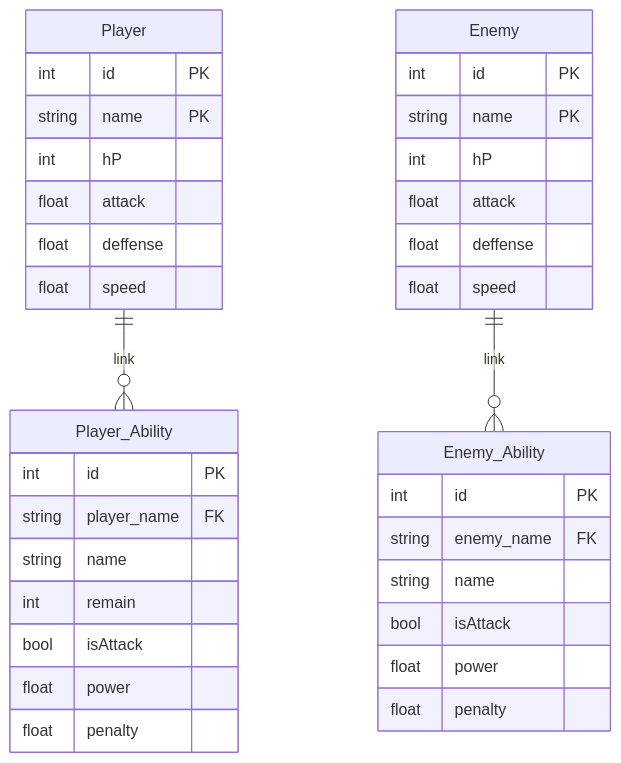
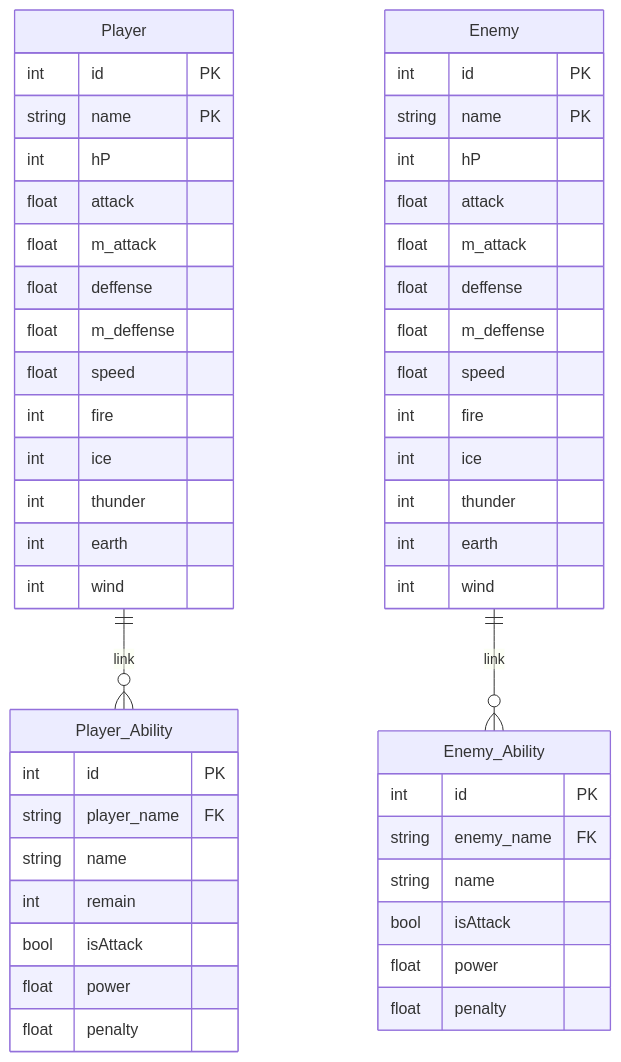
One commit to OzuAkira/Dissidia-oo-like changed the first of 3 diagrams in README.md. Above: the diagram before and after it, drawn with Mermaid.

````diff
--- a/README.md
+++ b/README.md
@@ -3,40 +3,54 @@
 ```mermaid
 erDiagram
   Player{
   int id PK
   string name PK
   int hP
   float attack
+  float m_attack
   float deffense
+  float m_deffense
   float speed
+  int fire
+  int	ice
+  int	thunder
+  int	earth
+  int	wind
 }
 
   Player_Ability{
   int id PK
   string player_name FK
   string name
   int remain
   bool isAttack
   float power
   float penalty
 }
 Enemy{
   int id PK
   string name PK
   int hP
   float attack
+  float m_attack
   float deffense
+  float m_deffense
   float speed
+  int fire
+  int	ice
+  int	thunder
+  int	earth
+  int	wind
 }
 Enemy_Ability{
   int id PK
   string enemy_name FK
   string name
   bool isAttack
   float power
   float penalty
 }
 
 Player||--o{Player_Ability : link
 Enemy||--o{Enemy_Ability : link
 ```
````
